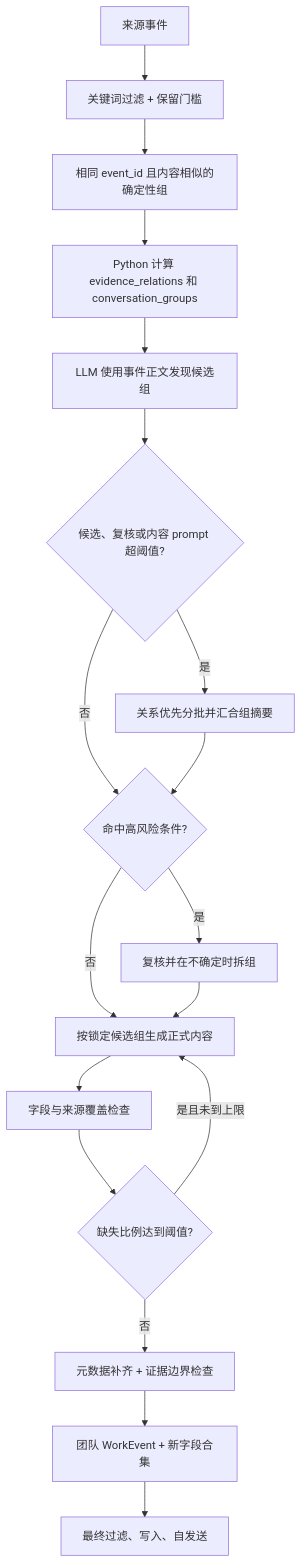
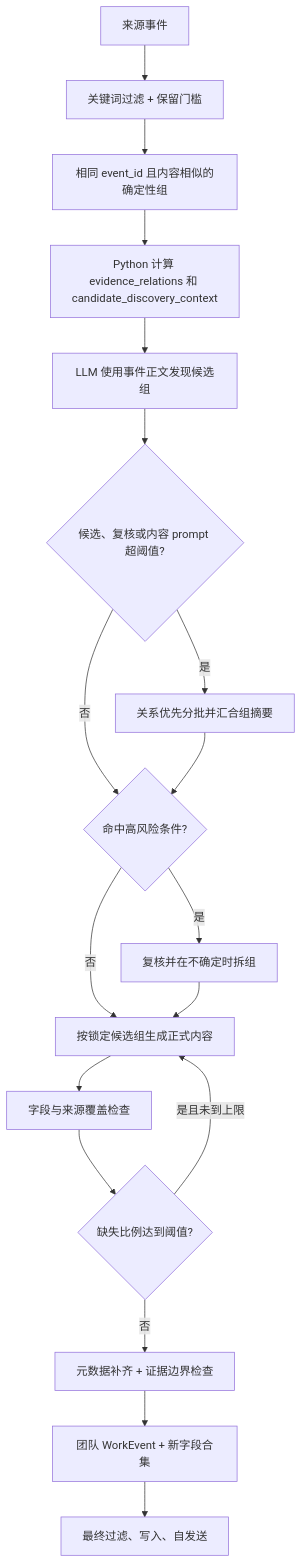
One commit to sunweisheng/WorkTrace changed the fourth of 4 diagrams in docs/detailed-design.md. Above: the diagram before and after it, drawn with Mermaid. The commit also changed other lines of this file and 17 other files, not shown here.

````diff
--- a/docs/detailed-design.md
+++ b/docs/detailed-design.md
@@ -339,20 +339,20 @@
 ```mermaid
 flowchart TD
     A["来源事件"] --> B["关键词过滤 + 保留门槛"]
     B --> C["相同 event_id 且内容相似的确定性组"]
-    C --> D["Python 计算 evidence_relations 和 conversation_groups"]
+    C --> D["Python 计算 evidence_relations 和 candidate_discovery_context"]
     D --> E["LLM 使用事件正文发现候选组"]
     E --> F{"候选、复核或内容 prompt 超阈值?"}
     F -->|"是"| G["关系优先分批并汇合组摘要"]
     F -->|"否"| R{"命中高风险条件?"}
     G --> R
     R -->|"是"| V["复核并在不确定时拆组"]
     R -->|"否"| H["按锁定候选组生成正式内容"]
     V --> H
     H --> I["字段与来源覆盖检查"]
     I --> J{"缺失比例达到阈值?"}
     J -->|"是且未到上限"| H
     J -->|"否"| K["元数据补齐 + 证据边界检查"]
     K --> L["团队 WorkEvent + 新字段合集"]
     L --> M["最终过滤、写入、自发送"]
 ```
````
